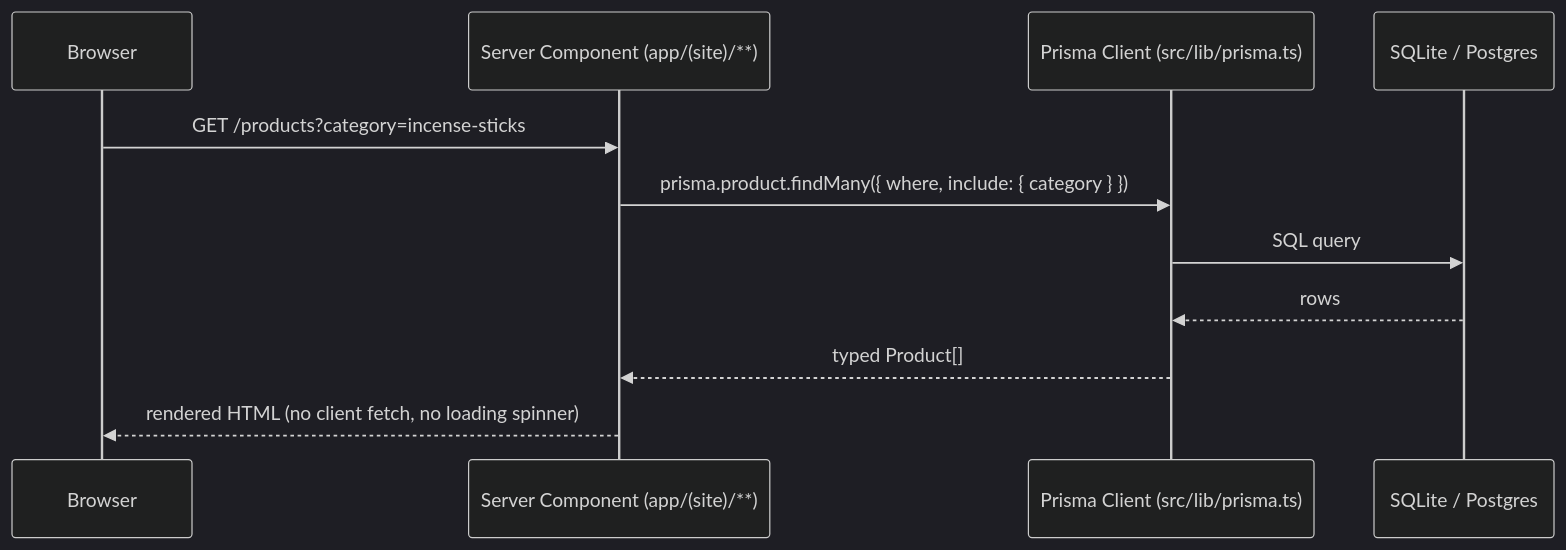
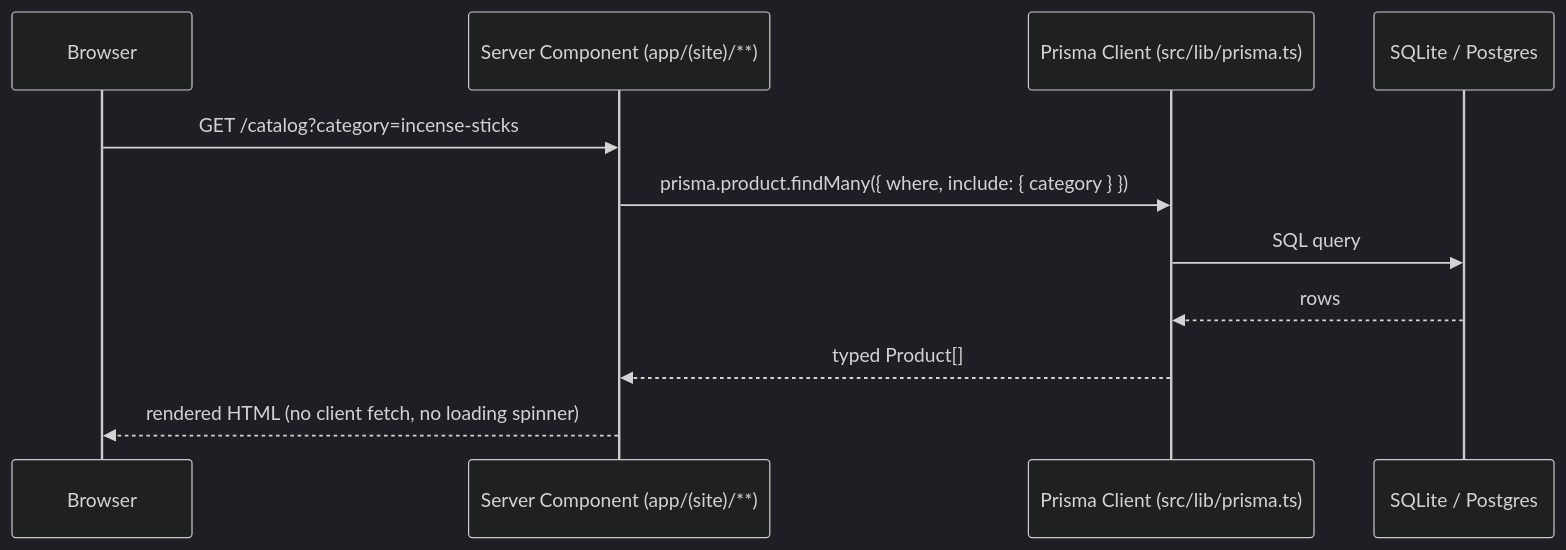
The third of 7 diagrams in docs/user-flows-and-data-flow.md (guru-pandit/chaitanya-stores), drawn with Mermaid (dark theme) before and after one commit. The commit also changed 16 other files, not shown here.

````diff
--- a/docs/user-flows-and-data-flow.md
+++ b/docs/user-flows-and-data-flow.md
@@ -103,14 +103,14 @@
 ```mermaid
 sequenceDiagram
     participant B as Browser
     participant SC as Server Component (app/(site)/**)
     participant P as Prisma Client (src/lib/prisma.ts)
     participant DB as SQLite / Postgres
 
-    B->>SC: GET /products?category=incense-sticks
+    B->>SC: GET /catalog?category=incense-sticks
     SC->>P: prisma.product.findMany({ where, include: { category } })
     P->>DB: SQL query
     DB-->>P: rows
     P-->>SC: typed Product[]
     SC-->>B: rendered HTML (no client fetch, no loading spinner)
 ```
````
